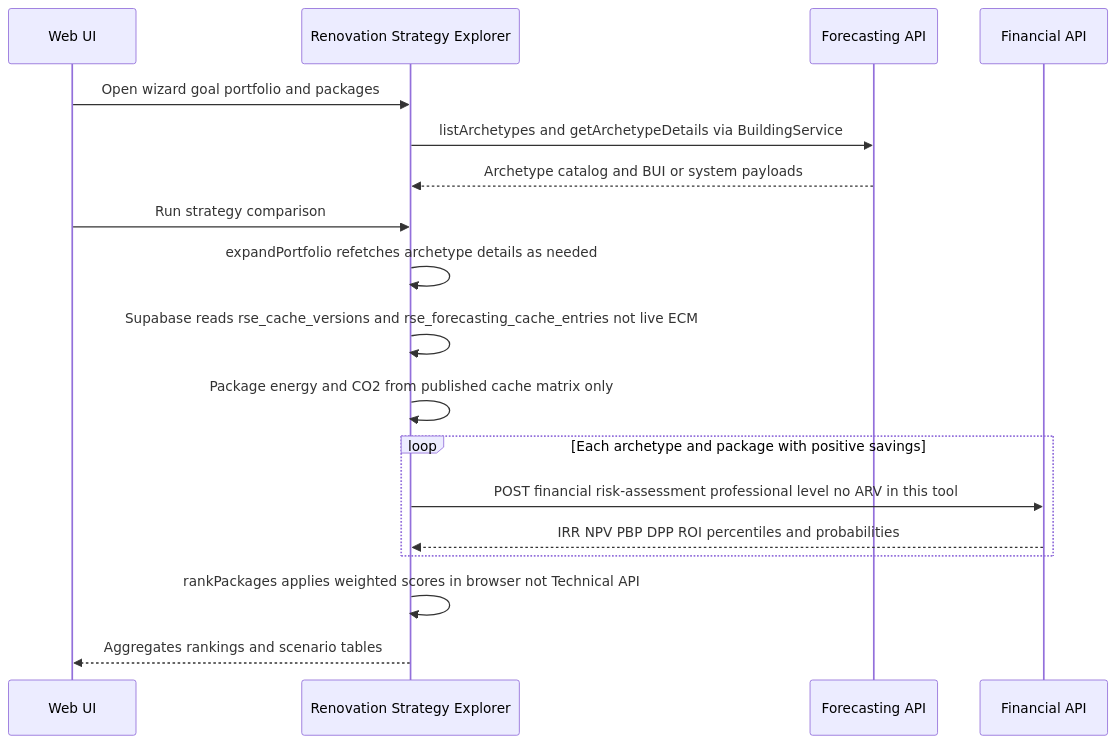
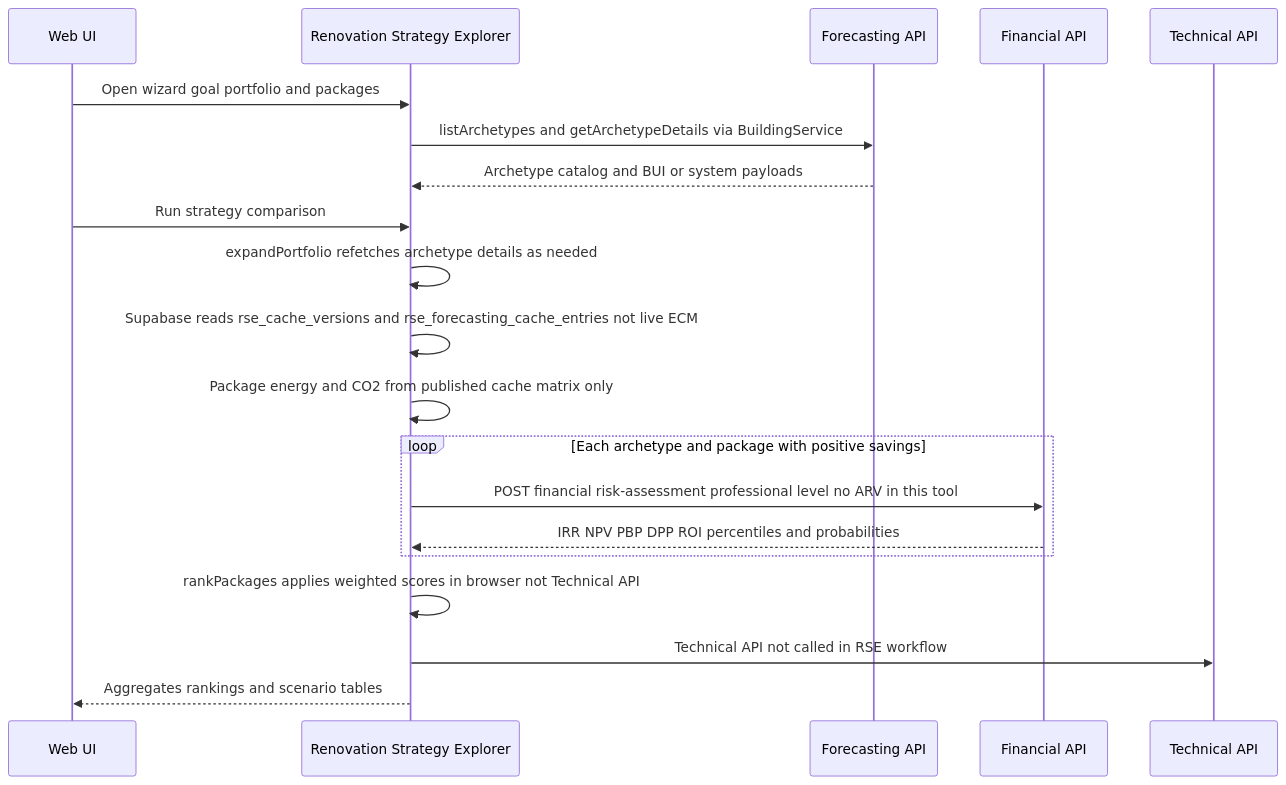
One commit to ReLIFE-Project-EU/relife-web-ui changed the fifth of 6 diagrams in README.md. Above: the diagram before and after it, drawn with Mermaid. The commit also changed other lines of this file, not shown here.

Commit message:
📝 Update renovation architecture docs

````diff
--- a/README.md
+++ b/README.md
@@ -208,21 +208,23 @@
 ```mermaid
 sequenceDiagram
     participant UI as Web UI
     participant RSE as Renovation Strategy Explorer
     participant FCAST as Forecasting API
     participant FIN as Financial API
+    participant TECH as Technical API
 
     UI->>RSE: Open wizard goal portfolio and packages
     RSE->>FCAST: listArchetypes and getArchetypeDetails via BuildingService
     FCAST-->>RSE: Archetype catalog and BUI or system payloads
     UI->>RSE: Run strategy comparison
     RSE->>RSE: expandPortfolio refetches archetype details as needed
     RSE->>RSE: Supabase reads rse_cache_versions and rse_forecasting_cache_entries not live ECM
     RSE->>RSE: Package energy and CO2 from published cache matrix only
     loop Each archetype and package with positive savings
         RSE->>FIN: POST financial risk-assessment professional level no ARV in this tool
         FIN-->>RSE: IRR NPV PBP DPP ROI percentiles and probabilities
     end
     RSE->>RSE: rankPackages applies weighted scores in browser not Technical API
+    RSE->>TECH: Technical API not called in RSE workflow
     RSE-->>UI: Aggregates rankings and scenario tables
 ```
````
